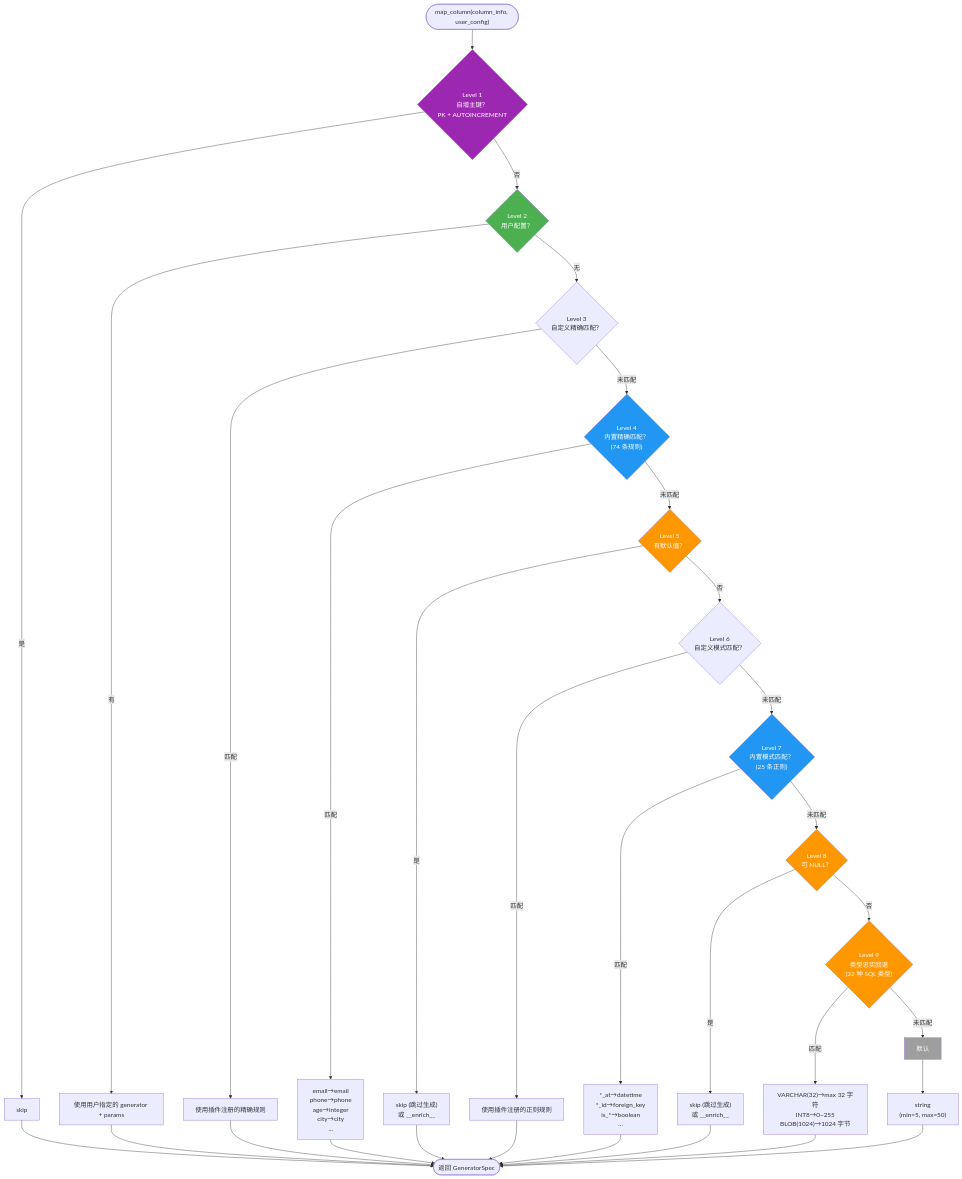
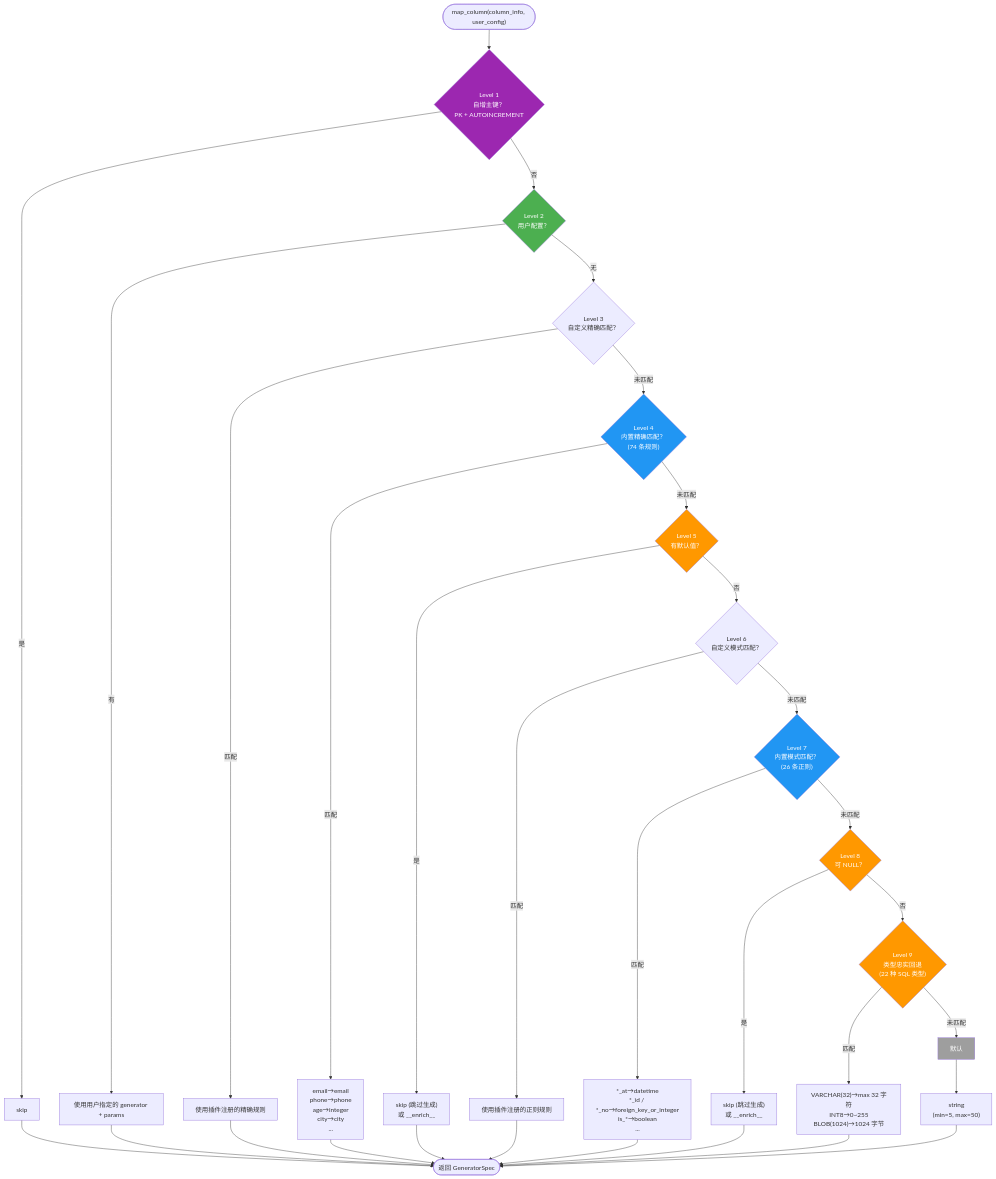
One commit to sunbos/sqlseed changed the third of 10 diagrams in docs/architecture.zh-CN.md. Above: the diagram before and after it, drawn with Mermaid. The commit also changed other lines of this file and 5 other files, not shown here.

First line of the commit message:
docs: update changelog, architecture, README, and notebook tutorials

````diff
--- a/docs/architecture.zh-CN.md
+++ b/docs/architecture.zh-CN.md
@@ -190,53 +191,53 @@
 ```mermaid
 flowchart TD
     Start(["map_column(column_info, user_config)"]) --> L1
 
     L1{"Level 1<br/>自增主键？<br/>PK + AUTOINCREMENT"} -->|是| R1["skip"]
     L1 -->|否| L2
 
     L2{"Level 2<br/>用户配置？"} -->|有| R2["使用用户指定的 generator + params"]
     L2 -->|无| L3
 
     L3{"Level 3<br/>自定义精确匹配？"} -->|匹配| R3["使用插件注册的精确规则"]
     L3 -->|未匹配| L4
 
     L4{"Level 4<br/>内置精确匹配？<br/>(74 条规则)"} -->|匹配| R4["email→email<br/>phone→phone<br/>age→integer<br/>city→city<br/>..."]
     L4 -->|未匹配| L5
 
     L5{"Level 5<br/>有默认值？"} -->|是| R5["skip (跳过生成)<br/>或 __enrich__"]
     L5 -->|否| L6
 
     L6{"Level 6<br/>自定义模式匹配？"} -->|匹配| R6["使用插件注册的正则规则"]
     L6 -->|未匹配| L7
 
-    L7{"Level 7<br/>内置模式匹配？<br/>(25 条正则)"} -->|匹配| R7["*_at→datetime<br/>*_id→foreign_key<br/>is_*→boolean<br/>..."]
+    L7{"Level 7<br/>内置模式匹配？<br/>(26 条正则)"} -->|匹配| R7["*_at→datetime<br/>*_id / *_no→foreign_key_or_integer<br/>is_*→boolean<br/>..."]
     L7 -->|未匹配| L8
 
     L8{"Level 8<br/>可 NULL？"} -->|是| R8["skip (跳过生成)<br/>或 __enrich__"]
     L8 -->|否| L9
 
     L9{"Level 9<br/>类型忠实回退<br/>(22 种 SQL 类型)"} -->|匹配| R9["VARCHAR(32)→max 32 字符<br/>INT8→0~255<br/>BLOB(1024)→1024 字节"]
     L9 -->|未匹配| L10
 
     L10["默认"] --> R10["string<br/>(min=5, max=50)"]
 
     R1 --> Done(["返回 GeneratorSpec"])
     R2 --> Done
     R3 --> Done
     R4 --> Done
     R5 --> Done
     R6 --> Done
     R7 --> Done
     R8 --> Done
     R9 --> Done
     R10 --> Done
 
     style L1 fill:#9C27B0,color:#fff
     style L2 fill:#4CAF50,color:#fff
     style L4 fill:#2196F3,color:#fff
     style L5 fill:#FF9800,color:#fff
     style L7 fill:#2196F3,color:#fff
     style L8 fill:#FF9800,color:#fff
     style L9 fill:#FF9800,color:#fff
     style L10 fill:#9E9E9E,color:#fff
 ```
````
